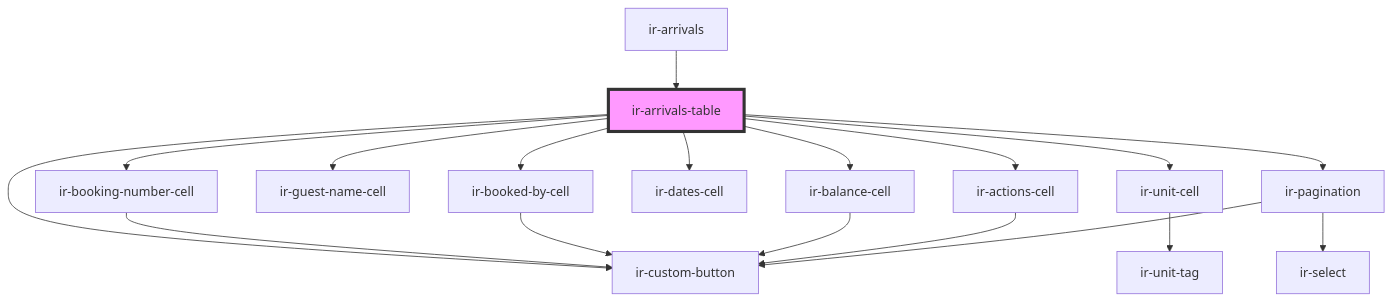
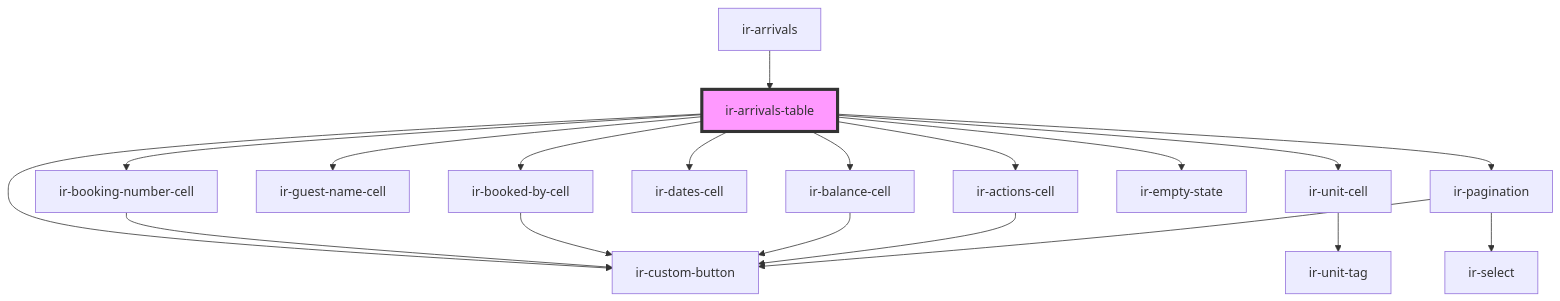
One commit to David1Chowaifaty/modified-ir-webcmp changed the diagram in src/components/ir-arrivals/ir-arrivals-table/readme.md. Above: the diagram before and after it, drawn with Mermaid. The commit also changed other lines of this file and 20 other files, not shown here.

````diff
--- a/src/components/ir-arrivals/ir-arrivals-table/readme.md
+++ b/src/components/ir-arrivals/ir-arrivals-table/readme.md
@@ -36,21 +37,22 @@
 ```mermaid
 graph TD;
   ir-arrivals-table --> ir-booking-number-cell
   ir-arrivals-table --> ir-booked-by-cell
   ir-arrivals-table --> ir-guest-name-cell
   ir-arrivals-table --> ir-unit-cell
   ir-arrivals-table --> ir-dates-cell
   ir-arrivals-table --> ir-balance-cell
   ir-arrivals-table --> ir-actions-cell
   ir-arrivals-table --> ir-custom-button
+  ir-arrivals-table --> ir-empty-state
   ir-arrivals-table --> ir-pagination
   ir-booking-number-cell --> ir-custom-button
   ir-booked-by-cell --> ir-custom-button
   ir-unit-cell --> ir-unit-tag
   ir-balance-cell --> ir-custom-button
   ir-actions-cell --> ir-custom-button
   ir-pagination --> ir-select
   ir-pagination --> ir-custom-button
   ir-arrivals --> ir-arrivals-table
   style ir-arrivals-table fill:#f9f,stroke:#333,stroke-width:4px
 ```
````
